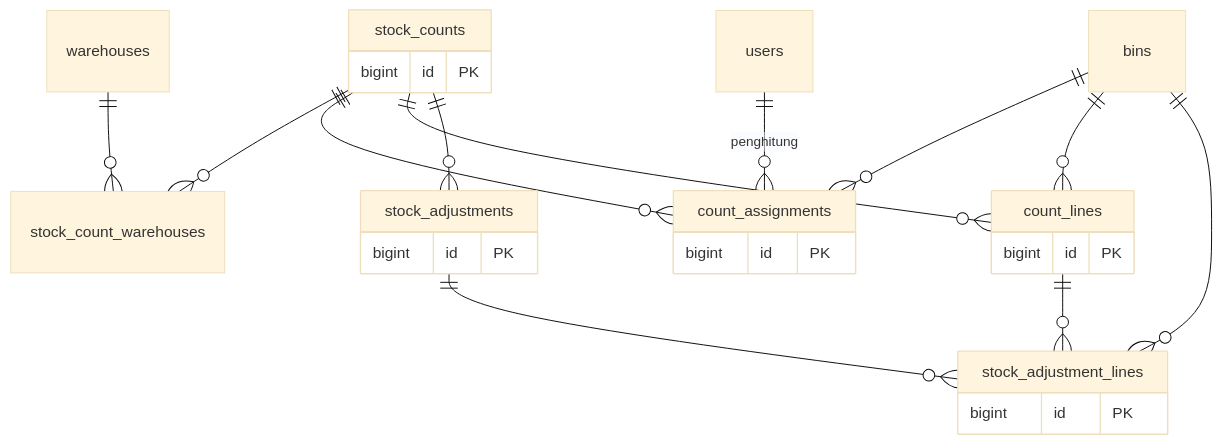
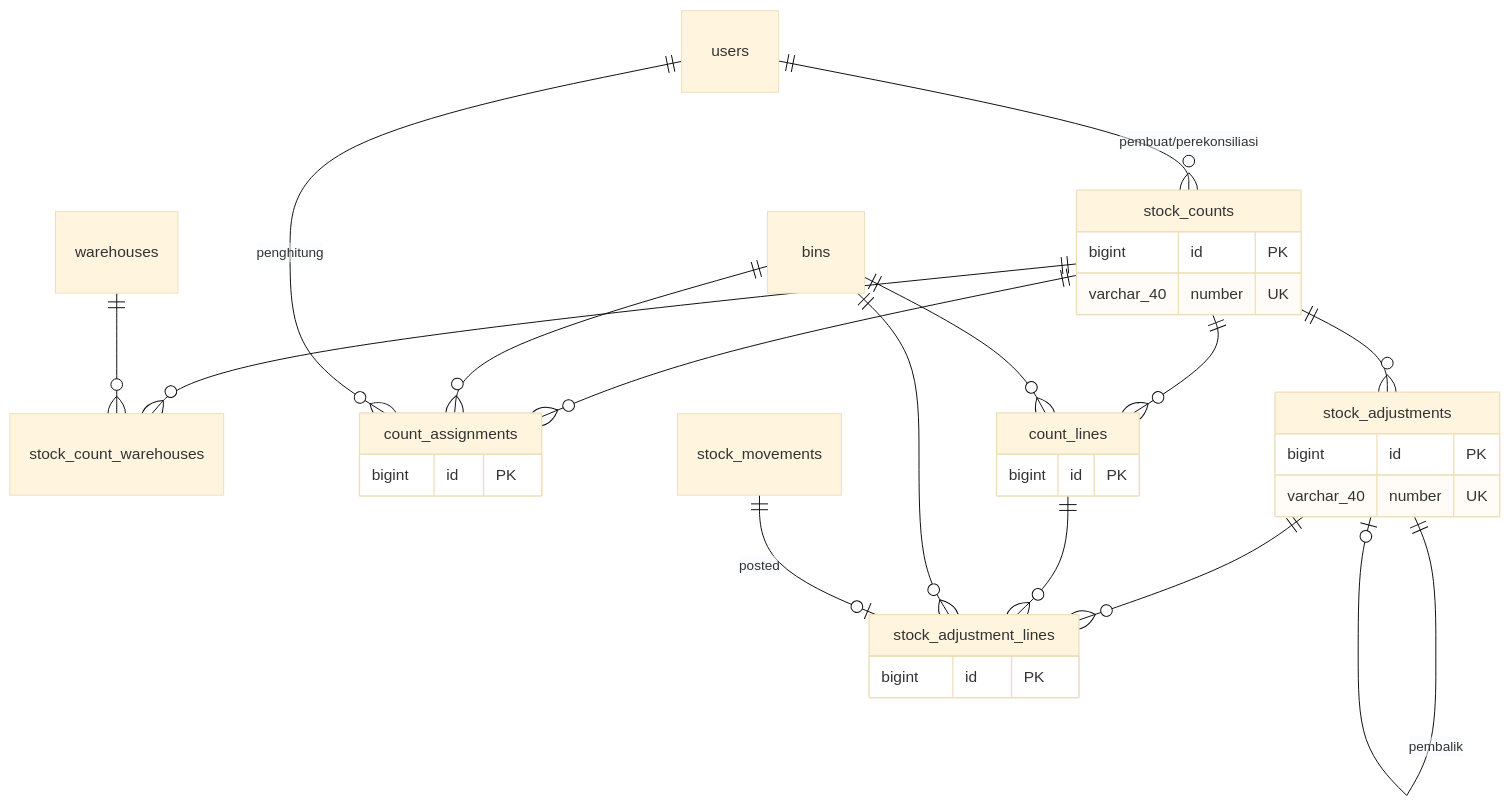
The second of 4 diagrams in docs/wms/08c-model-data-pendukung.md (HengkyDarmawan/wms), drawn with Mermaid (base theme) before and after one commit. The commit also changed other lines of this file and 301 other files, not shown here.

````diff
--- a/docs/wms/08c-model-data-pendukung.md
+++ b/docs/wms/08c-model-data-pendukung.md
@@ -108,31 +109,36 @@
 ```mermaid
 erDiagram
   stock_counts {
     bigint id PK
+    varchar_40 number UK
   }
   stock_count_warehouses {
   }
   count_assignments {
     bigint id PK
   }
   count_lines {
     bigint id PK
   }
   stock_adjustments {
     bigint id PK
+    varchar_40 number UK
   }
   stock_adjustment_lines {
     bigint id PK
   }
   stock_counts ||--o{ stock_count_warehouses : " "
   warehouses ||--o{ stock_count_warehouses : " "
   stock_counts ||--o{ count_assignments : " "
   bins ||--o{ count_assignments : " "
   users ||--o{ count_assignments : "penghitung"
   stock_counts ||--o{ count_lines : " "
   bins ||--o{ count_lines : " "
   stock_counts ||--o{ stock_adjustments : " "
   stock_adjustments ||--o{ stock_adjustment_lines : " "
   count_lines ||--o{ stock_adjustment_lines : " "
   bins ||--o{ stock_adjustment_lines : " "
+  stock_adjustments ||--o| stock_adjustments : "pembalik"
+  users ||--o{ stock_counts : "pembuat/perekonsiliasi"
+  stock_movements ||--o| stock_adjustment_lines : "posted"
 ```
````
